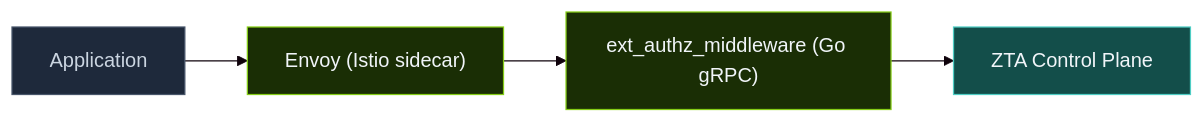
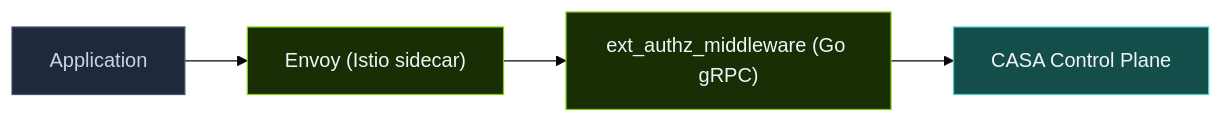
One commit to outshift-open/CASA changed the diagram in docs/ui/docs/deployment-modes/istio.md. Above: the diagram before and after it, drawn with Mermaid. The commit also changed other lines of this file and 294 other files, not shown here.

Commit message:
feat: Rename from ZTA to CASA

````diff
--- a/docs/ui/docs/deployment-modes/istio.md
+++ b/docs/ui/docs/deployment-modes/istio.md
@@ -15,12 +15,12 @@
 ```mermaid
 %%{init: {'theme': 'base', 'themeVariables': {'background': '#f0fdf4', 'edgeLabelBackground': '#f0fdf4'}}}%%
 graph LR
     Application --> Envoy["Envoy (Istio sidecar)"]
     Envoy --> ext_authz["ext_authz_middleware (Go gRPC)"]
-    ext_authz --> ZTA["ZTA Control Plane"]
+    ext_authz --> CASA["CASA Control Plane"]
 
     style Application fill:#1e293b,stroke:#475569,color:#cbd5e1
     style Envoy fill:#1a2e05,stroke:#84cc16,color:#f1f5f9
     style ext_authz fill:#1a2e05,stroke:#84cc16,color:#f1f5f9
-    style ZTA fill:#134e4a,stroke:#4ecdc4,color:#f1f5f9
+    style CASA fill:#134e4a,stroke:#4ecdc4,color:#f1f5f9
 ```
````
